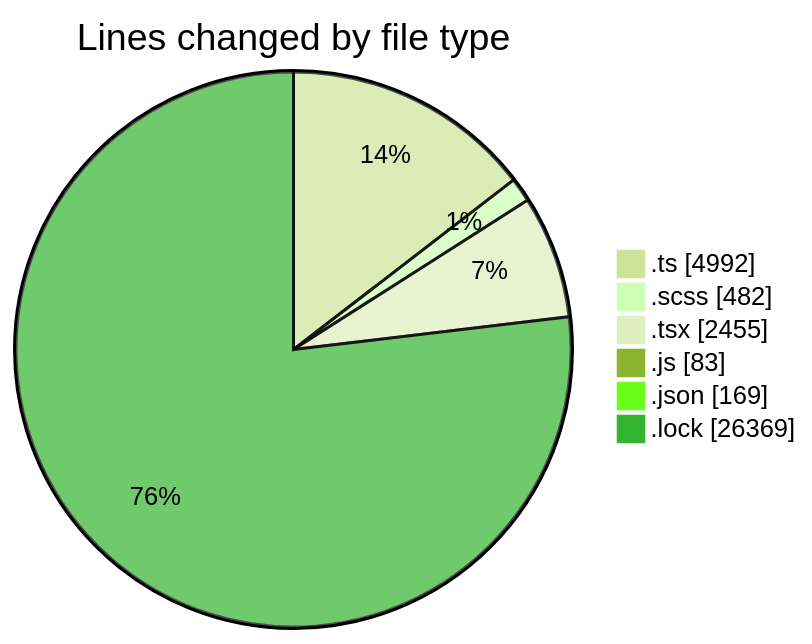
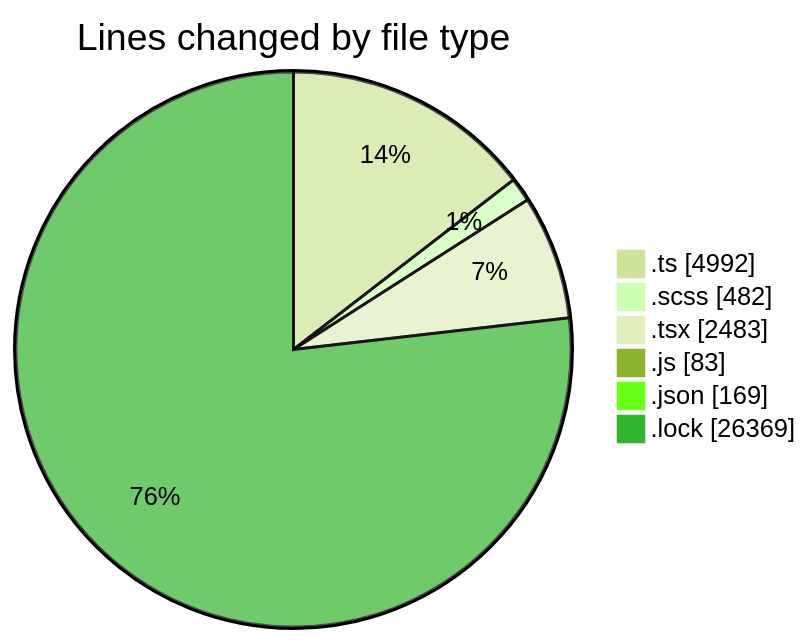
The first of 2 diagrams in 2025-09-12/cda/README.md (momahboobian/code-tracking), drawn with Mermaid (forest theme) before and after one commit. The commit also changed other lines of this file and 1 other file, not shown here.

````diff
--- a/2025-09-12/cda/README.md
+++ b/2025-09-12/cda/README.md
@@ -34,10 +34,10 @@
 ```mermaid
 pie showData
 title Lines changed by file type
 ".ts" : 4992
 ".scss" : 482
-".tsx" : 2455
+".tsx" : 2483
 ".js" : 83
 ".json" : 169
 ".lock" : 26369
 ```
````
